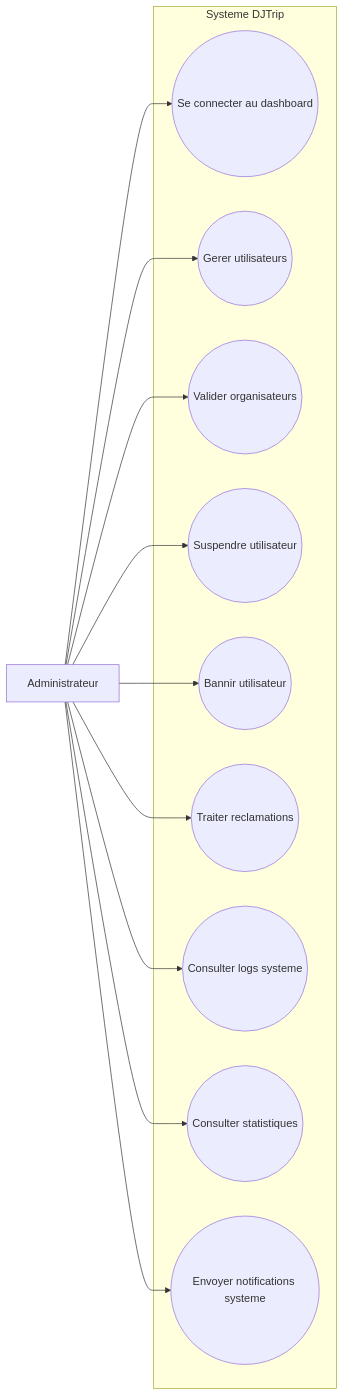
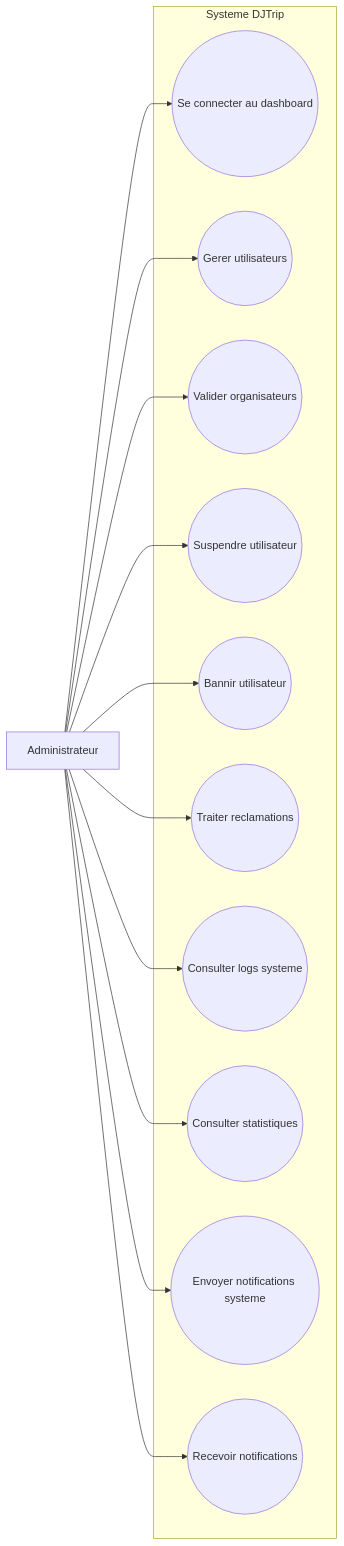
The fourth of 4 diagrams in documentation/diagrammes_use_case_sans_paiement.md (mouheb2003/pfe_djtrip), drawn with Mermaid before and after one commit. The commit also changed other lines of this file and 3 other files, not shown here.

````diff
--- a/documentation/diagrammes_use_case_sans_paiement.md
+++ b/documentation/diagrammes_use_case_sans_paiement.md
@@ -192,26 +198,28 @@
 ```mermaid
 flowchart LR
     Admin["Administrateur"]
 
     subgraph DJTrip["Systeme DJTrip"]
         A(("Se connecter au dashboard"))
         B(("Gerer utilisateurs"))
         C(("Valider organisateurs"))
         D(("Suspendre utilisateur"))
         E(("Bannir utilisateur"))
         F(("Traiter reclamations"))
         G(("Consulter logs systeme"))
         H(("Consulter statistiques"))
         I(("Envoyer notifications systeme"))
+        J(("Recevoir notifications"))
     end
 
     Admin --> A
     Admin --> B
     Admin --> C
     Admin --> D
     Admin --> E
     Admin --> F
     Admin --> G
     Admin --> H
     Admin --> I
+    Admin --> J
 ```
````
